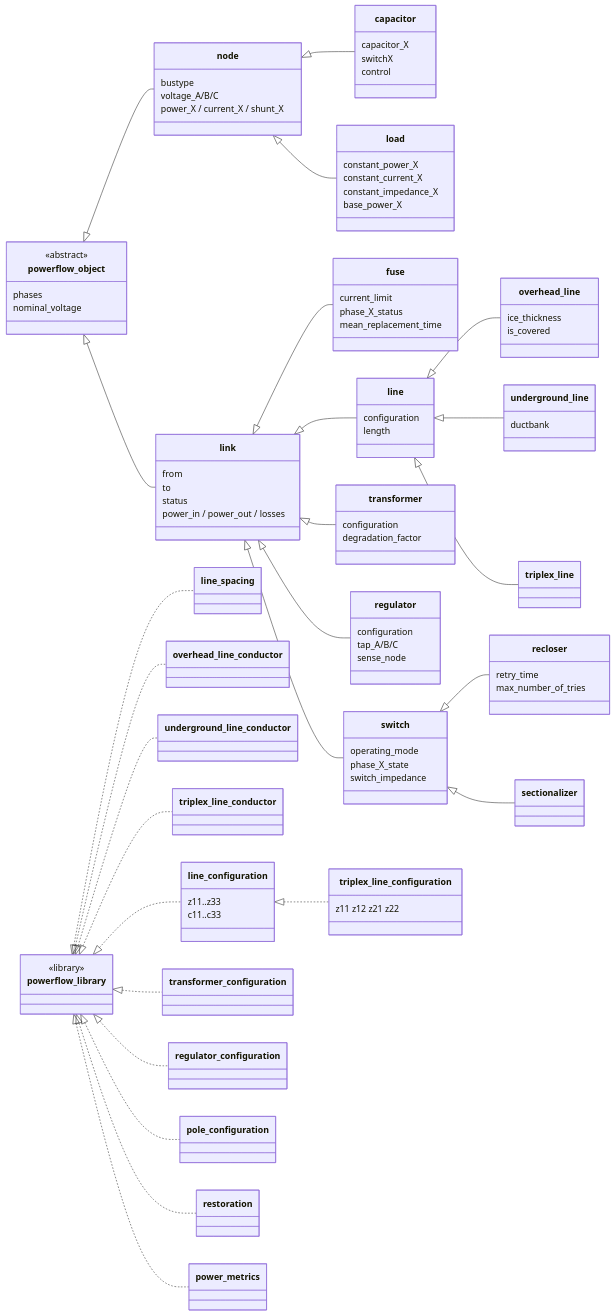
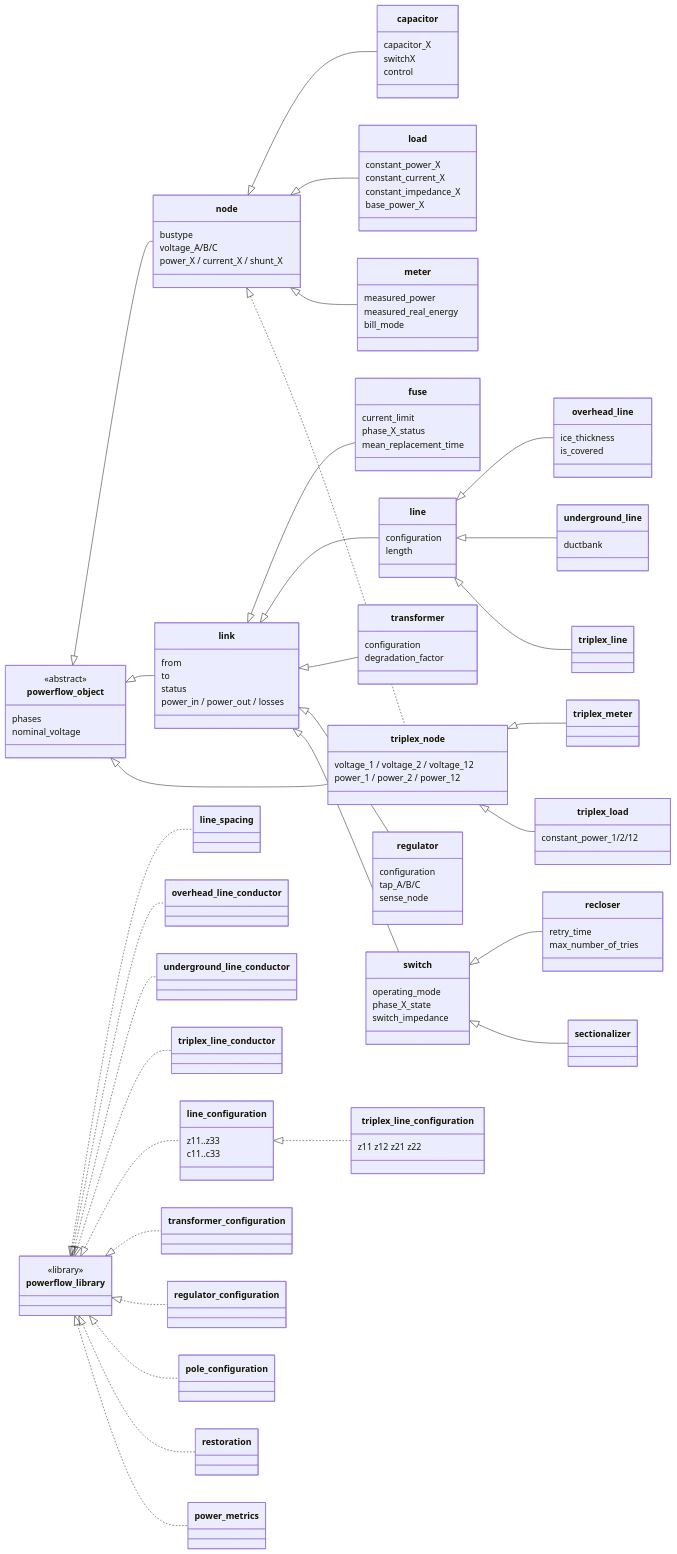
The diagram in src/powerflow/README.md (arras-energy/arras), drawn with Mermaid before and after one commit. The commit also changed other lines of this file and 20 other files, not shown here.

```diff
--- a/src/powerflow/README.md
+++ b/src/powerflow/README.md
@@ -93,6 +93,24 @@
     }
     node <|-- capacitor
     node <|-- load
+    class meter {
+        measured_power
+        measured_real_energy
+        bill_mode
+    }
+    class triplex_node {
+        voltage_1 / voltage_2 / voltage_12
+        power_1 / power_2 / power_12
+    }
+    class triplex_meter
+    class triplex_load {
+        constant_power_1/2/12
+    }
+    node <|-- meter
+    powerflow_object <|-- triplex_node
+    node <|.. triplex_node
+    triplex_node <|-- triplex_meter
+    triplex_node <|-- triplex_load
     switch <|-- recloser
     switch <|-- sectionalizer
     powerflow_library <|.. line_spacing
```
